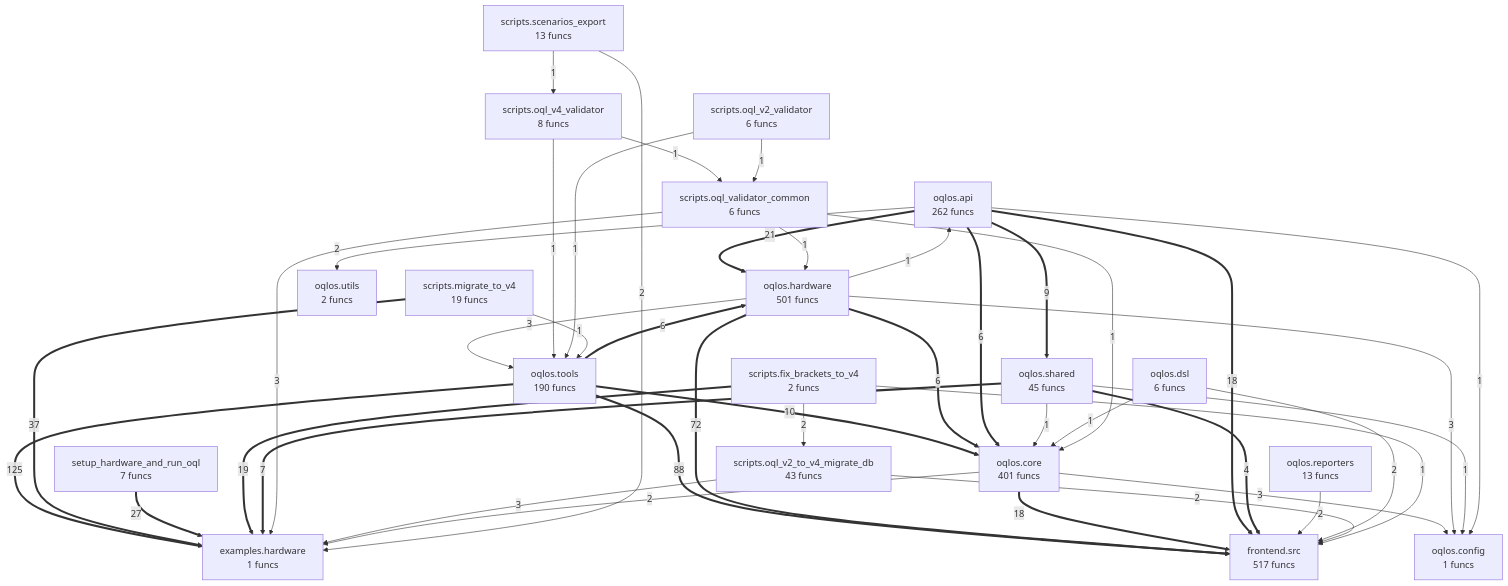
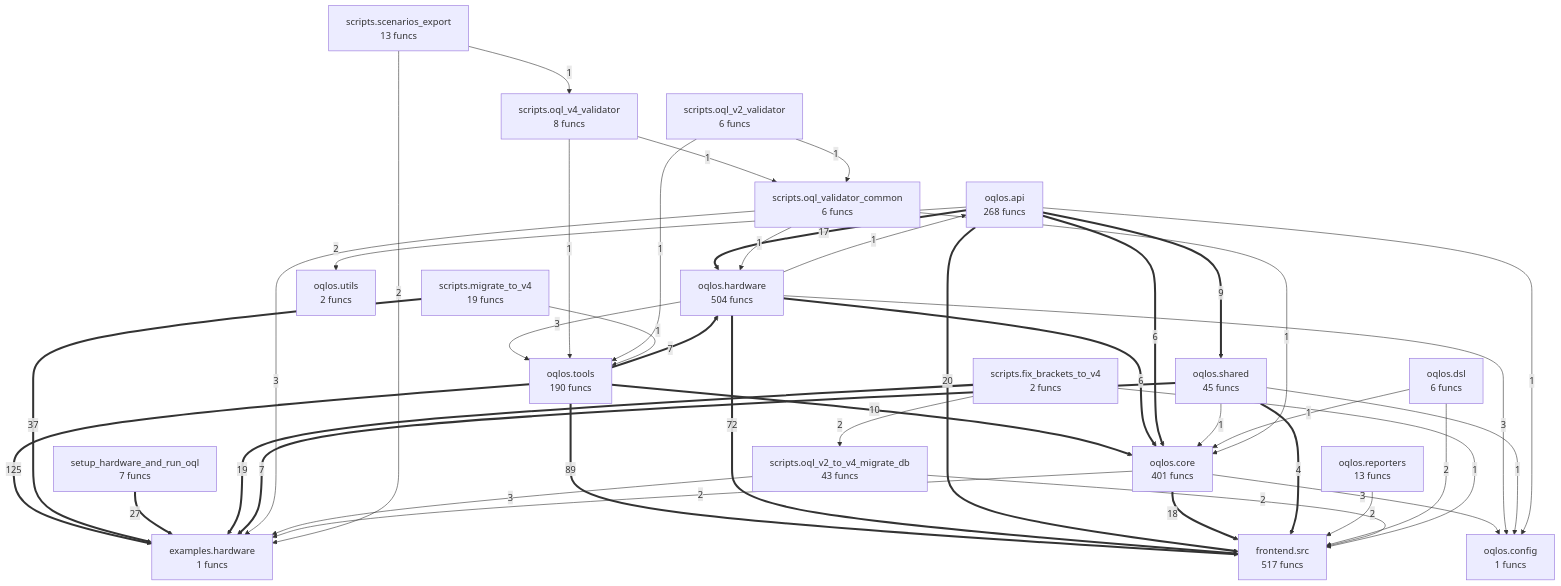
Before and after one commit to oqlos/oqlos: the diagram in project/compact_flow.mmd, drawn with Mermaid. The commit also changed 38 other files, not shown here.

```diff
--- a/project/compact_flow.mmd
+++ b/project/compact_flow.mmd
@@ -1,63 +1,63 @@
 flowchart TD
-%% generated in 0.04s
+%% generated in 0.07s
     examples__hardware["examples.hardware<br/>1 funcs"]
     frontend__src["frontend.src<br/>517 funcs"]
-    oqlos__api["oqlos.api<br/>262 funcs"]
+    oqlos__api["oqlos.api<br/>268 funcs"]
     oqlos__config["oqlos.config<br/>1 funcs"]
     oqlos__core["oqlos.core<br/>401 funcs"]
     oqlos__dsl["oqlos.dsl<br/>6 funcs"]
-    oqlos__hardware["oqlos.hardware<br/>501 funcs"]
+    oqlos__hardware["oqlos.hardware<br/>504 funcs"]
     oqlos__reporters["oqlos.reporters<br/>13 funcs"]
     oqlos__shared["oqlos.shared<br/>45 funcs"]
     oqlos__tools["oqlos.tools<br/>190 funcs"]
     oqlos__utils["oqlos.utils<br/>2 funcs"]
     scripts__fix_brackets_to_v4["scripts.fix_brackets_to_v4<br/>2 funcs"]
     scripts__migrate_to_v4["scripts.migrate_to_v4<br/>19 funcs"]
     scripts__oql_v2_to_v4_migrate_db["scripts.oql_v2_to_v4_migrate_db<br/>43 funcs"]
     scripts__oql_v2_validator["scripts.oql_v2_validator<br/>6 funcs"]
     scripts__oql_v4_validator["scripts.oql_v4_validator<br/>8 funcs"]
     scripts__oql_validator_common["scripts.oql_validator_common<br/>6 funcs"]
     scripts__scenarios_export["scripts.scenarios_export<br/>13 funcs"]
     setup_hardware_and_run_oql["setup_hardware_and_run_oql<br/>7 funcs"]
     oqlos__tools ==>|125| examples__hardware
-    oqlos__tools ==>|88| frontend__src
+    oqlos__tools ==>|89| frontend__src
     oqlos__hardware ==>|72| frontend__src
     scripts__migrate_to_v4 ==>|37| examples__hardware
     setup_hardware_and_run_oql ==>|27| examples__hardware
-    oqlos__api ==>|21| oqlos__hardware
+    oqlos__api ==>|20| frontend__src
     scripts__fix_brackets_to_v4 ==>|19| examples__hardware
     oqlos__core ==>|18| frontend__src
-    oqlos__api ==>|18| frontend__src
+    oqlos__api ==>|17| oqlos__hardware
     oqlos__tools ==>|10| oqlos__core
     oqlos__api ==>|9| oqlos__shared
+    oqlos__tools ==>|7| oqlos__hardware
     oqlos__shared ==>|7| examples__hardware
-    oqlos__tools ==>|6| oqlos__hardware
     oqlos__hardware ==>|6| oqlos__core
     oqlos__api ==>|6| oqlos__core
     oqlos__shared ==>|4| frontend__src
     oqlos__core -->|3| oqlos__config
     oqlos__hardware -->|3| oqlos__config
     oqlos__hardware -->|3| oqlos__tools
     scripts__oql_validator_common -->|3| examples__hardware
     scripts__oql_v2_to_v4_migrate_db -->|3| examples__hardware
     oqlos__core -->|2| examples__hardware
     oqlos__reporters -->|2| frontend__src
     oqlos__api -->|2| oqlos__utils
     oqlos__dsl -->|2| frontend__src
     scripts__fix_brackets_to_v4 -->|2| scripts__oql_v2_to_v4_migrate_db
     scripts__oql_v2_to_v4_migrate_db -->|2| frontend__src
     scripts__scenarios_export -->|2| examples__hardware
-    oqlos__hardware -->|1| oqlos__api
     oqlos__shared -->|1| oqlos__core
     oqlos__shared -->|1| oqlos__config
     oqlos__api -->|1| oqlos__config
     oqlos__dsl -->|1| oqlos__core
     scripts__oql_validator_common -->|1| oqlos__core
     scripts__oql_validator_common -->|1| oqlos__hardware
     scripts__oql_v4_validator -->|1| oqlos__tools
     scripts__oql_v4_validator -->|1| scripts__oql_validator_common
     scripts__fix_brackets_to_v4 -->|1| frontend__src
     scripts__oql_v2_validator -->|1| oqlos__tools
     scripts__oql_v2_validator -->|1| scripts__oql_validator_common
     scripts__migrate_to_v4 -->|1| oqlos__tools
     scripts__scenarios_export -->|1| scripts__oql_v4_validator
+    oqlos__hardware -->|1| oqlos__api
```
